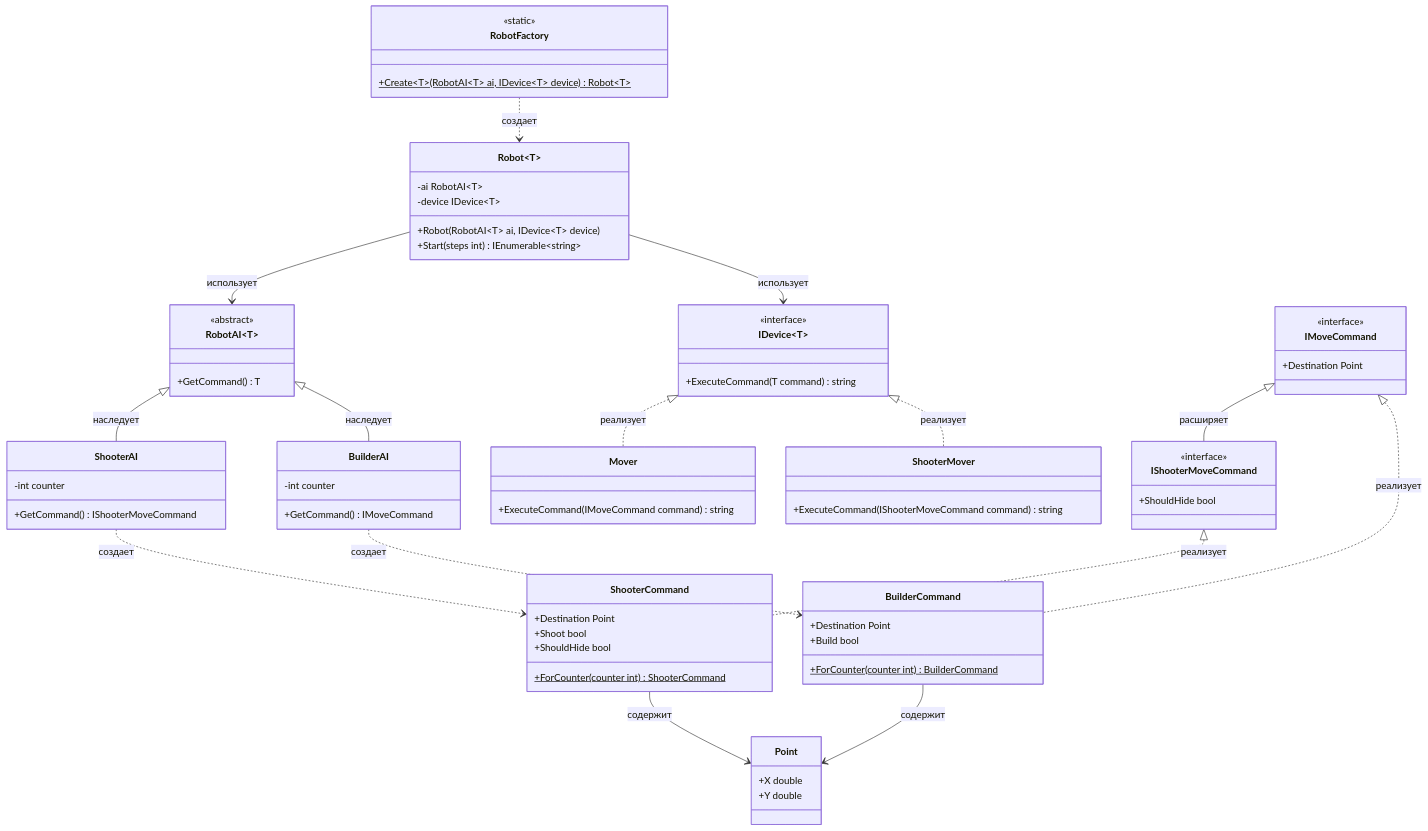
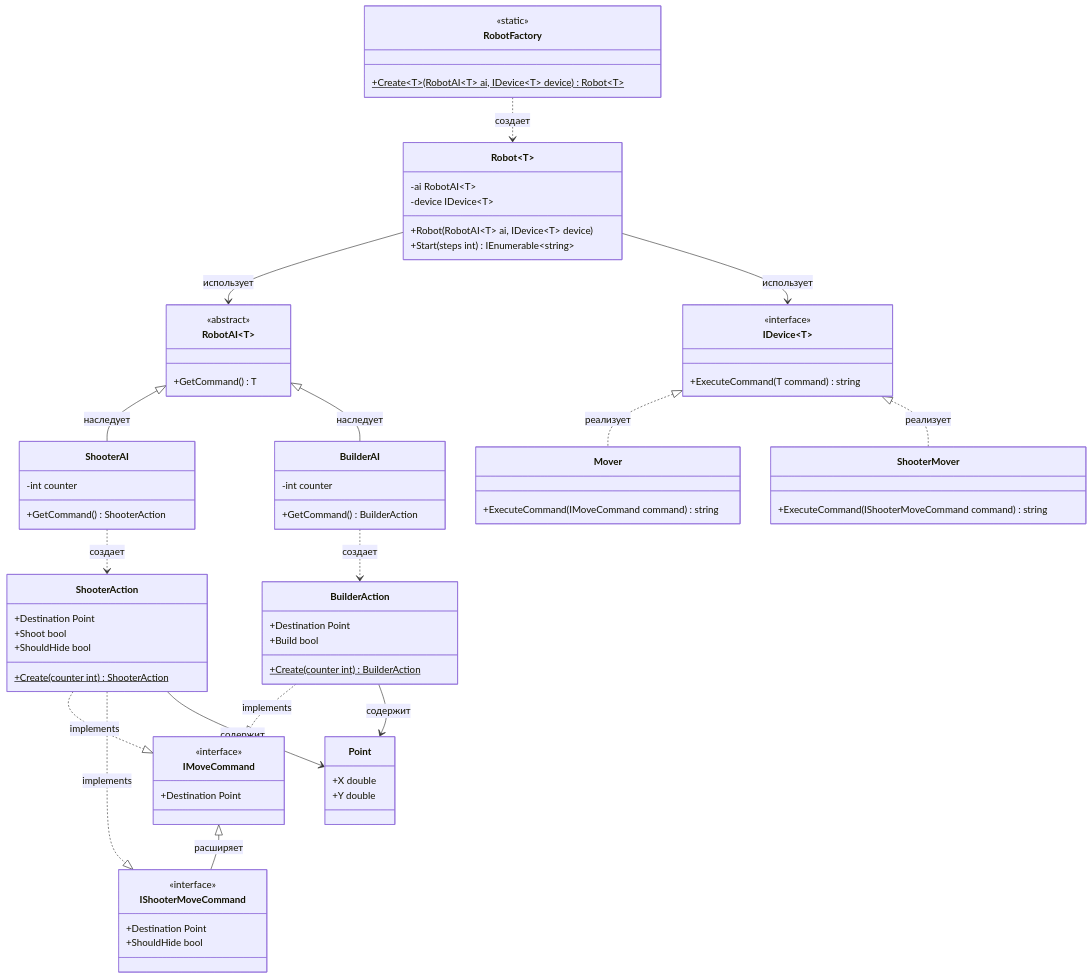
Before and after one commit to mxllyy999/ulearnpractice1: the diagram in robots.md, drawn with Mermaid. The commit also changed other lines of this file, not shown here.

````diff
--- a/robots.md
+++ b/robots.md
@@ -41,12 +44,12 @@
 
     class ShooterAI {
         -int counter
-        +GetCommand() IShooterMoveCommand
+        +GetCommand() ShooterAction
     }
 
     class BuilderAI {
         -int counter
-        +GetCommand() IMoveCommand
+        +GetCommand() BuilderAction
     }
 
     class IDevice~T~ {
@@ -69,20 +72,21 @@
 
     class IShooterMoveCommand {
         <<interface>>
+        +Destination Point
         +ShouldHide bool
     }
 
-    class ShooterCommand {
+    class ShooterAction {
         +Destination Point
         +Shoot bool
         +ShouldHide bool
-        +ForCounter(counter int) ShooterCommand$
+        +Create(counter int) ShooterAction$
     }
 
-    class BuilderCommand {
+    class BuilderAction {
         +Destination Point
         +Build bool
-        +ForCounter(counter int) BuilderCommand$
+        +Create(counter int) BuilderAction$
     }
 
     class Point {
@@ -106,14 +110,18 @@
     RobotAI~T~ <|-- BuilderAI : наследует
     IDevice~T~ <|.. Mover : реализует
     IDevice~T~ <|.. ShooterMover : реализует
+    
     IMoveCommand <|-- IShooterMoveCommand : расширяет
-    IMoveCommand <|.. BuilderCommand : реализует
-    IShooterMoveCommand <|.. ShooterCommand : реализует
-    ShooterCommand --> Point : содержит
-    BuilderCommand --> Point : содержит
+    
+    ShooterAction ..|> IMoveCommand : implements
+    ShooterAction ..|> IShooterMoveCommand : implements
+    BuilderAction ..|> IMoveCommand : implements
+    
+    ShooterAction --> Point : содержит
+    BuilderAction --> Point : содержит
     Robot~T~ --> RobotAI~T~ : использует
     Robot~T~ --> IDevice~T~ : использует
     RobotFactory ..> Robot~T~ : создает
-    ShooterAI ..> ShooterCommand : создает
-    BuilderAI ..> BuilderCommand : создает
+    ShooterAI ..> ShooterAction : создает
+    BuilderAI ..> BuilderAction : создает
 ```
````
